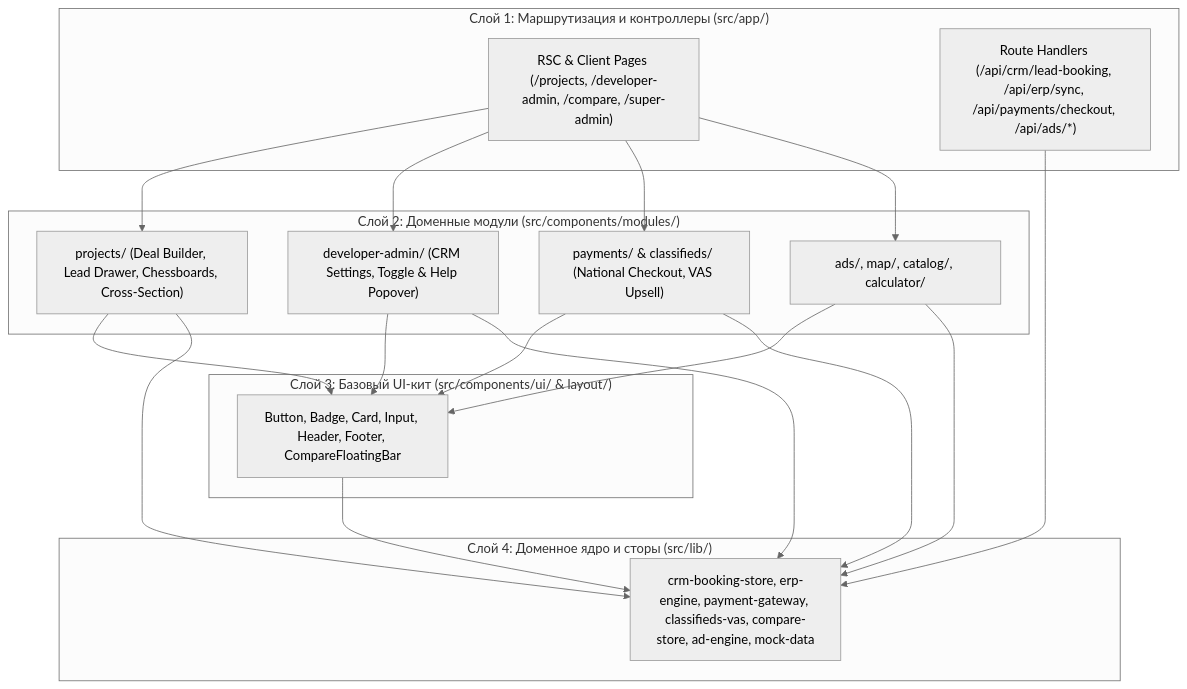
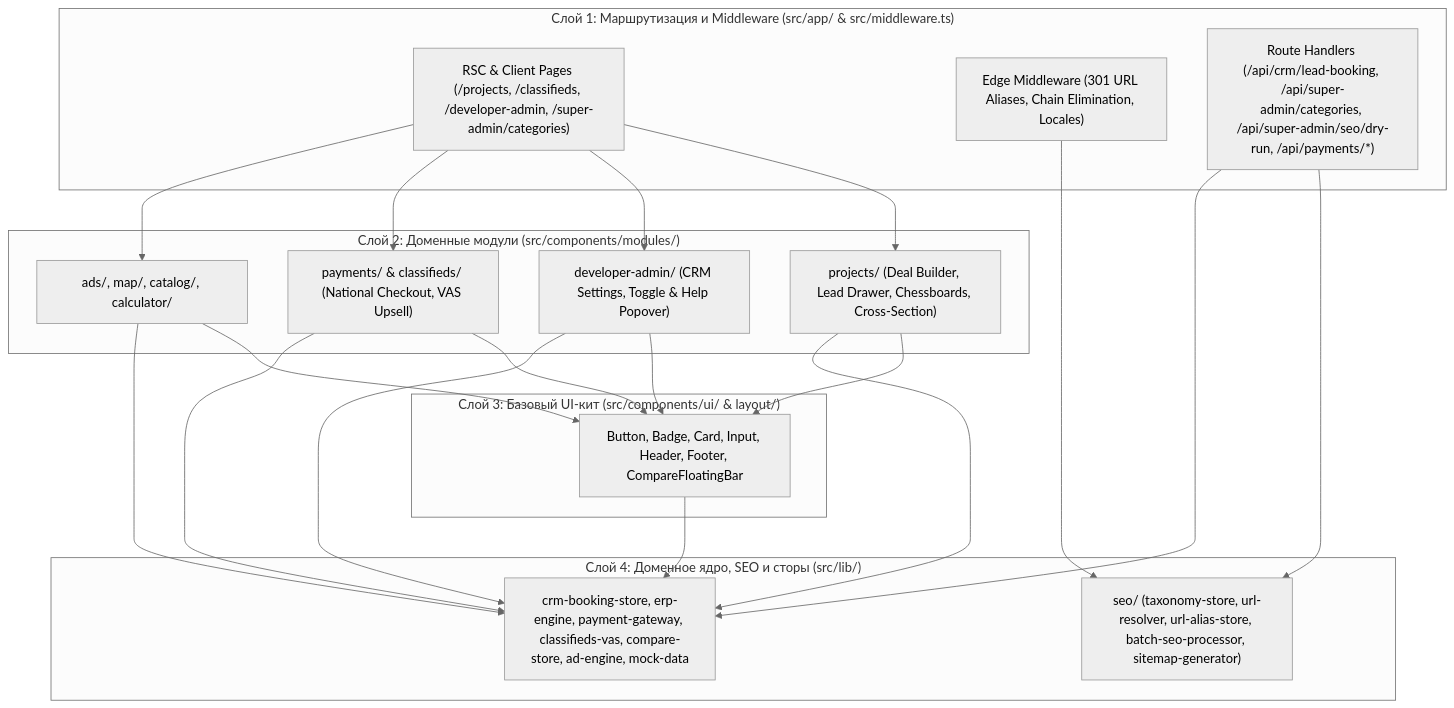
The diagram in ARCHITECTURE.md (Hafiz0ff/developppers), drawn with Mermaid (neutral theme) before and after one commit. The commit also changed other lines of this file and 25 other files, not shown here.

Commit message:
feat(seo): implement URL architecture, taxonomy engine v1.7, 301 alias registry, and super-admin category controls

````diff
--- a/ARCHITECTURE.md
+++ b/ARCHITECTURE.md
@@ -14,37 +15,41 @@
 ```mermaid
 flowchart TD
-    subgraph L1["Слой 1: Маршрутизация и контроллеры (src/app/)"]
-        Pages["RSC & Client Pages (/projects, /developer-admin, /compare, /super-admin)"]
-        API["Route Handlers (/api/crm/lead-booking, /api/erp/sync, /api/payments/checkout, /api/ads/*)"]
+    subgraph L1["Слой 1: Маршрутизация и Middleware (src/app/ & src/middleware.ts)"]
+        Pages["RSC & Client Pages (/projects, /classifieds, /developer-admin, /super-admin/categories)"]
+        Middleware["Edge Middleware (301 URL Aliases, Chain Elimination, Locales)"]
+        API["Route Handlers (/api/crm/lead-booking, /api/super-admin/categories, /api/super-admin/seo/dry-run, /api/payments/*)"]
     end
 
     subgraph L2["Слой 2: Доменные модули (src/components/modules/)"]
         ModProjects["projects/ (Deal Builder, Lead Drawer, Chessboards, Cross-Section)"]
         ModDevAdmin["developer-admin/ (CRM Settings, Toggle & Help Popover)"]
         ModPayments["payments/ & classifieds/ (National Checkout, VAS Upsell)"]
         ModAdsMap["ads/, map/, catalog/, calculator/"]
     end
 
     subgraph L3["Слой 3: Базовый UI-кит (src/components/ui/ & layout/)"]
         UIKit["Button, Badge, Card, Input, Header, Footer, CompareFloatingBar"]
     end
 
-    subgraph L4["Слой 4: Доменное ядро и сторы (src/lib/)"]
+    subgraph L4["Слой 4: Доменное ядро, SEO и сторы (src/lib/)"]
+        SEOLib["seo/ (taxonomy-store, url-resolver, url-alias-store, batch-seo-processor, sitemap-generator)"]
         CoreLib["crm-booking-store, erp-engine, payment-gateway, classifieds-vas, compare-store, ad-engine, mock-data"]
     end
 
+    Middleware --> SEOLib
     Pages --> ModProjects
     Pages --> ModDevAdmin
     Pages --> ModPayments
     Pages --> ModAdsMap
+    API --> SEOLib
     API --> CoreLib
     ModProjects --> UIKit
     ModDevAdmin --> UIKit
     ModPayments --> UIKit
     ModAdsMap --> UIKit
     ModProjects --> CoreLib
     ModDevAdmin --> CoreLib
     ModPayments --> CoreLib
     ModAdsMap --> CoreLib
     UIKit --> CoreLib
 ```
````
